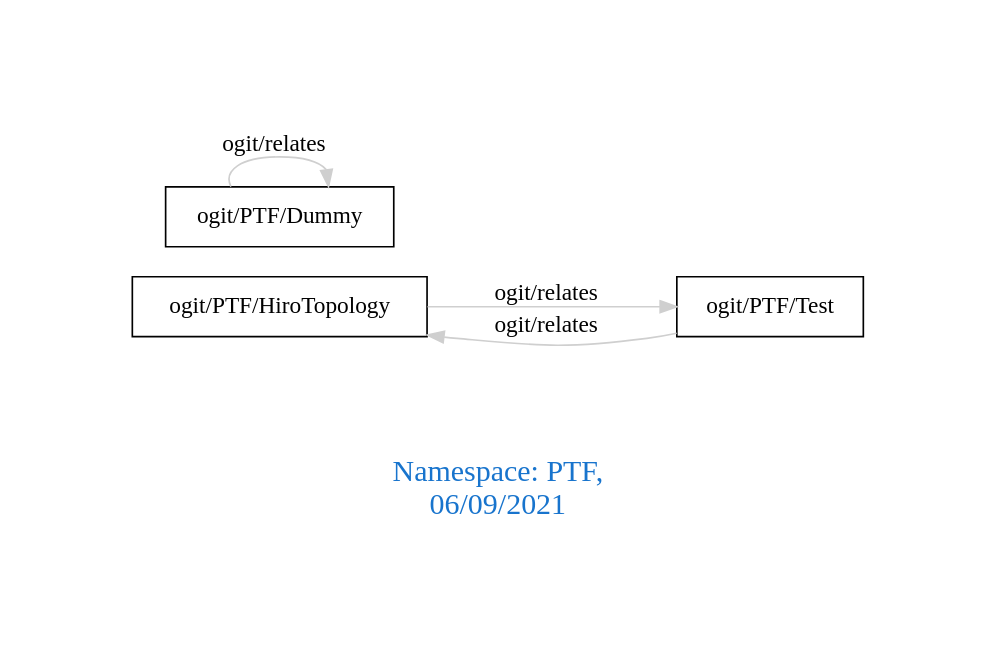
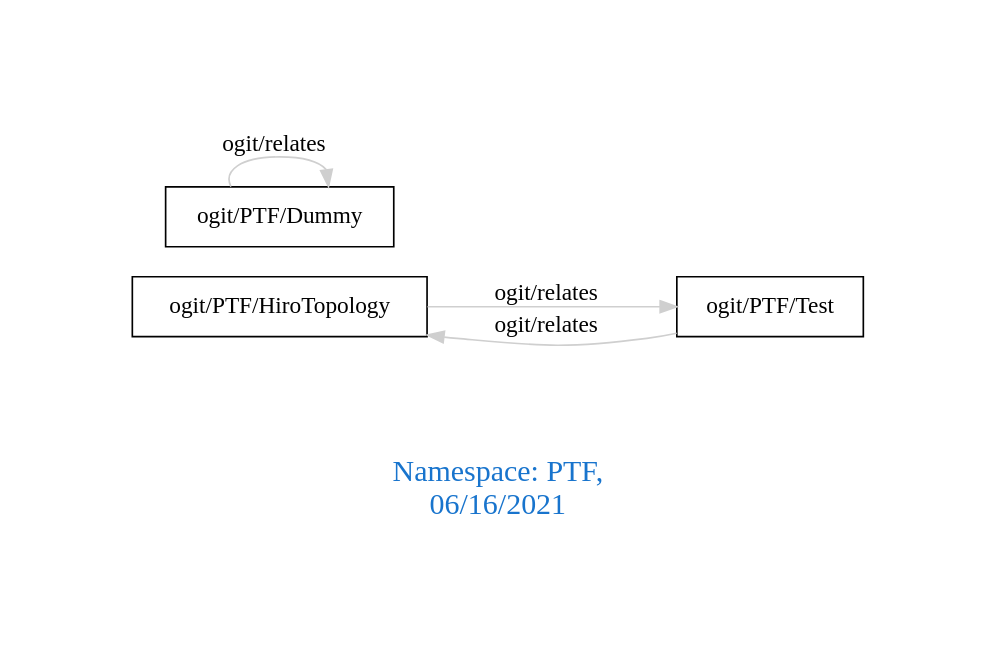
Before and after one commit to arago/OGIT: the diagram in downloads/PTF.dot, drawn with Graphviz. The commit also changed 1884 other files, not shown here.

```diff
--- a/downloads/PTF.dot
+++ b/downloads/PTF.dot
@@ -1,11 +1,11 @@
 digraph OGIT_ontology {
  graph [ rankdir= LR,pad=1 
 fontsize = 18,
-fontcolor= dodgerblue3,label = "\n\n\nNamespace: PTF, \n 06/09/2021"];
+fontcolor= dodgerblue3,label = "\n\n\nNamespace: PTF, \n 06/16/2021"];
 node[shape=polygon];
 edge [  color="gray81"];
 
    "ogit/PTF/HiroTopology" -> "ogit/PTF/Test" [label="   ogit/relates    "];
    "ogit/PTF/Test" -> "ogit/PTF/HiroTopology" [label="   ogit/relates    "];
    "ogit/PTF/Dummy" -> "ogit/PTF/Dummy" [label="   ogit/relates    "];
 }
```
